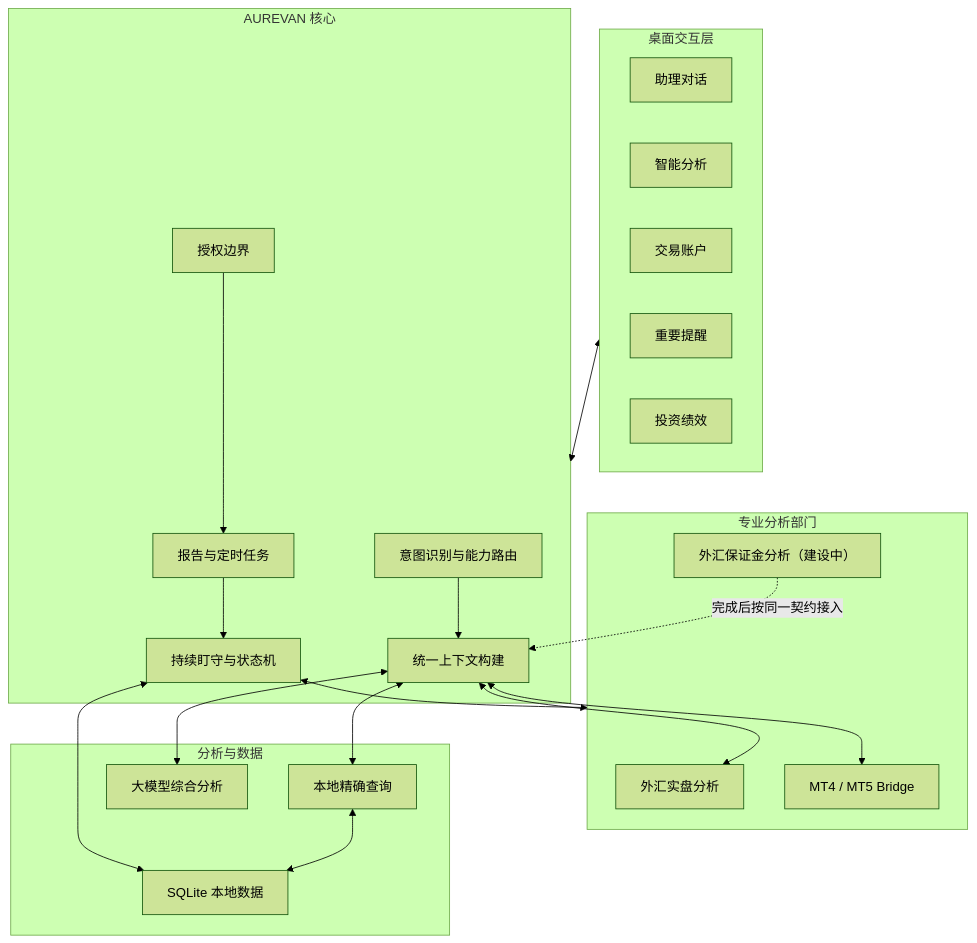
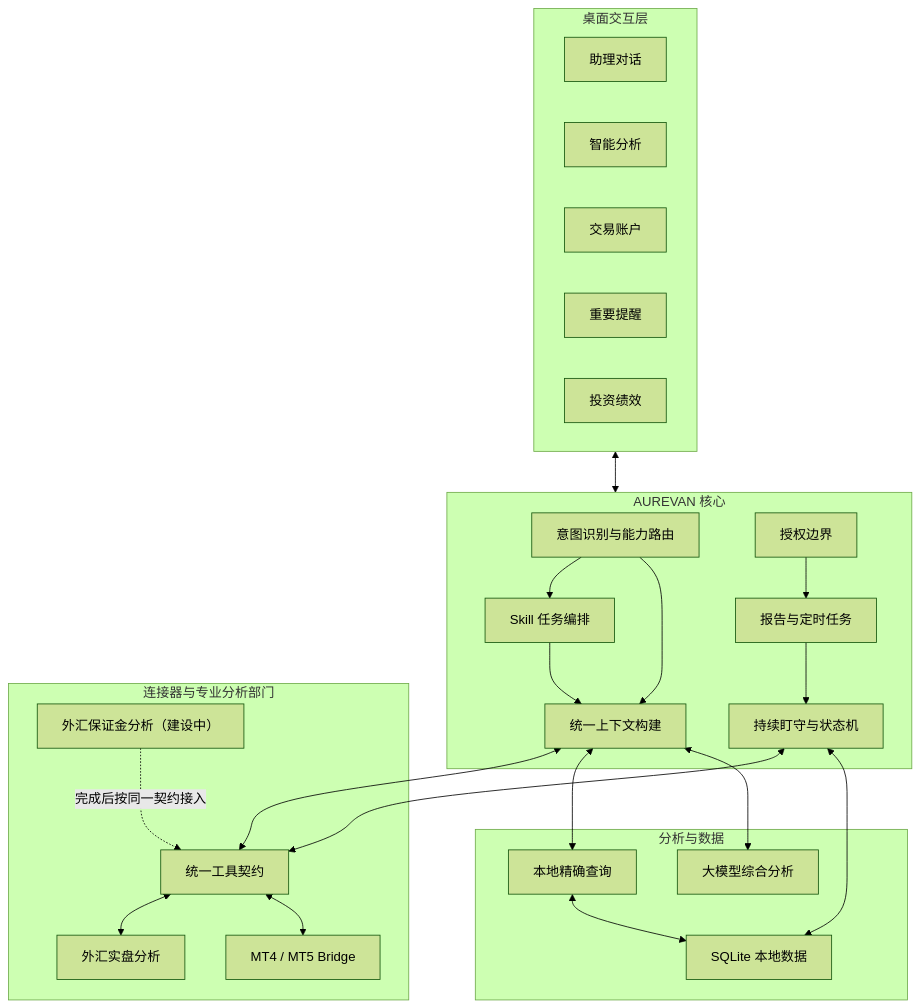
One commit to zhoujianli1990-hue/aurevan-product-case changed the diagram in docs/architecture.md. Above: the diagram before and after it, drawn with Mermaid (forest theme). The commit also changed other lines of this file and 6 other files, not shown here.

Commit message:
docs: strengthen product and agent architecture case

````diff
--- a/docs/architecture.md
+++ b/docs/architecture.md
@@ -5,43 +7,48 @@
 ```mermaid
 flowchart TB
     subgraph UX["桌面交互层"]
         CHAT["助理对话"]
         ANALYSIS["智能分析"]
         ACCOUNTS["交易账户"]
         ALERTS["重要提醒"]
         PERF["投资绩效"]
     end
 
     subgraph CORE["AUREVAN 核心"]
         ROUTER["意图识别与能力路由"]
+        SKILL["Skill 任务编排"]
         CONTEXT["统一上下文构建"]
         WATCH["持续盯守与状态机"]
         SCHED["报告与定时任务"]
         AUTH["授权边界"]
     end
 
-    subgraph DEPTS["专业分析部门"]
+    subgraph CONNECTORS["连接器与专业分析部门"]
+        CONTRACT["统一工具契约"]
         FOREX["外汇实盘分析"]
         MT["MT4 / MT5 Bridge"]
         MARGIN["外汇保证金分析（建设中）"]
     end
 
     subgraph MODEL["分析与数据"]
         LOCAL["本地精确查询"]
         LLM["大模型综合分析"]
         DB["SQLite 本地数据"]
     end
 
     UX <--> CORE
+    ROUTER --> SKILL
     ROUTER --> CONTEXT
-    CONTEXT <--> FOREX
-    CONTEXT <--> MT
-    MARGIN -. "完成后按同一契约接入" .-> CONTEXT
+    SKILL --> CONTEXT
+    CONTEXT <--> CONTRACT
+    CONTRACT <--> FOREX
+    CONTRACT <--> MT
+    MARGIN -. "完成后按同一契约接入" .-> CONTRACT
     CONTEXT <--> LOCAL
     CONTEXT <--> LLM
-    WATCH <--> DEPTS
+    WATCH <--> CONTRACT
     SCHED --> WATCH
     AUTH --> SCHED
     LOCAL <--> DB
     WATCH <--> DB
 ```
````
